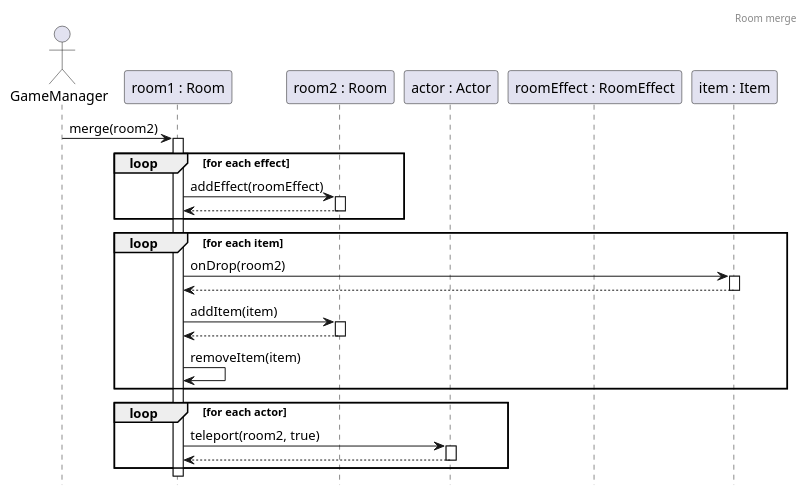
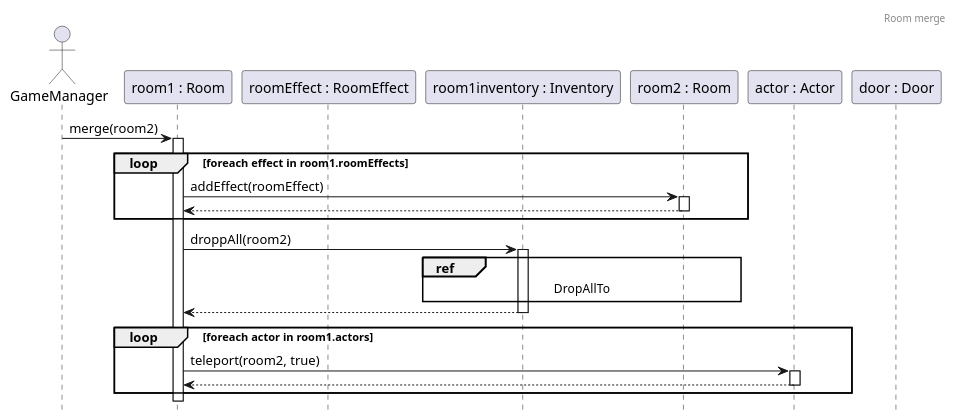
The diagram in docs/sequence/room/RoomMerge.puml (Kristof-me/Logarlec), drawn with PlantUML before and after one commit. The commit also changed 8 other files, not shown here.

Commit message:
Checked Sequence 13-24

```diff
--- a/docs/sequence/room/RoomMerge.puml
+++ b/docs/sequence/room/RoomMerge.puml
@@ -1,56 +1,52 @@
 @startuml RoomMerge
 header Room merge
 hide footbox
 
 ' actor gm as "GameManager"
 ' participant r2 as "room2 : Room"
 ' participant r1 as "room1 : Room"
 
 ' gm -> r1 ++: merge(room2)
 ' return
 
 ' note over r1
 '     a beolvadás a room1 belső működése
 ' end note
 
 
 ' látványosabb lenne, ha a room1 olvadna bele ilyenkor 
 ' a room2-be, mert akkor több függvényhívást használnánk
 ' így csak belső működés az egész
 
 ' lentebb itthagyom a látványosabb változatot, de
 ' lehet ez egy külön diagrammra kéne és innen csak megreferálni
 
 actor gm as "GameManager"
 participant r1 as "room1 : Room"
+participant effect as "roomEffect : RoomEffect"
+participant r1i as "room1inventory : Inventory"
 participant r2 as "room2 : Room"
 participant act as "actor : Actor"
-participant effect as "roomEffect : RoomEffect"
-participant item as "item : Item"
+participant d as "door : Door"
 
 gm -> r1 ++ : merge(room2)
 
-loop for each effect
+loop foreach effect in room1.roomEffects
     r1 -> r2 ++ : addEffect(roomEffect)
     return
 end
 
-loop for each item
-    r1 -> item ++ : onDrop(room2)
-    return
-    r1 -> r2 ++ : addItem(item)
-    'itt ugye még van az inventory-val is kommunikáció
-    'de azt lehet holnap megcsinálom és itt csak referálok rá
-    
-    return
-    
-    r1 -> r1 : removeItem(item)
-end
+r1 -> r1i ++: droppAll(room2)
+    ref over r1i, r2
+        DropAllTo
+    end ref
+return
 
-loop for each actor
+loop foreach actor in room1.actors
     r1 -> act ++: teleport(room2, true)
     return
 end
 
+' door update is missing, it's too much work and not necessary (I guess)
 
 @enduml
```
